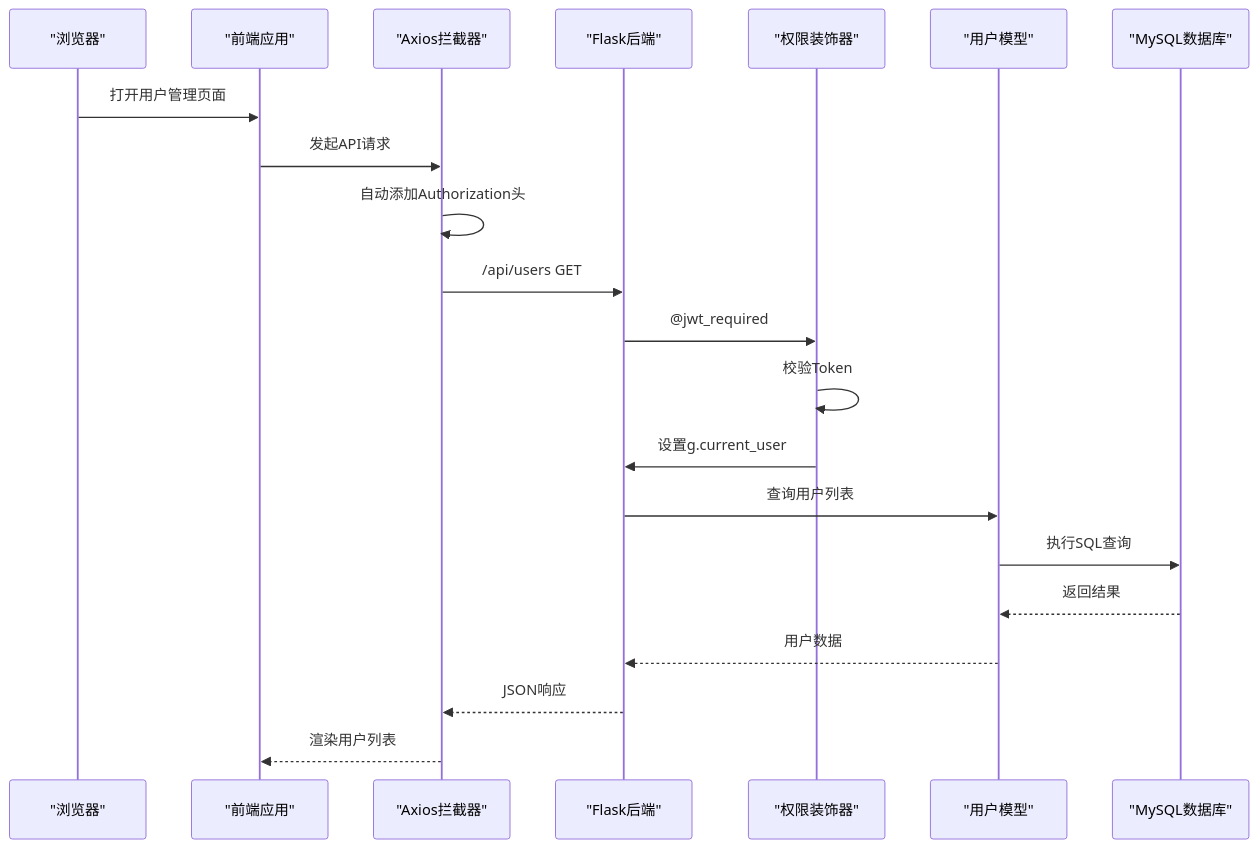
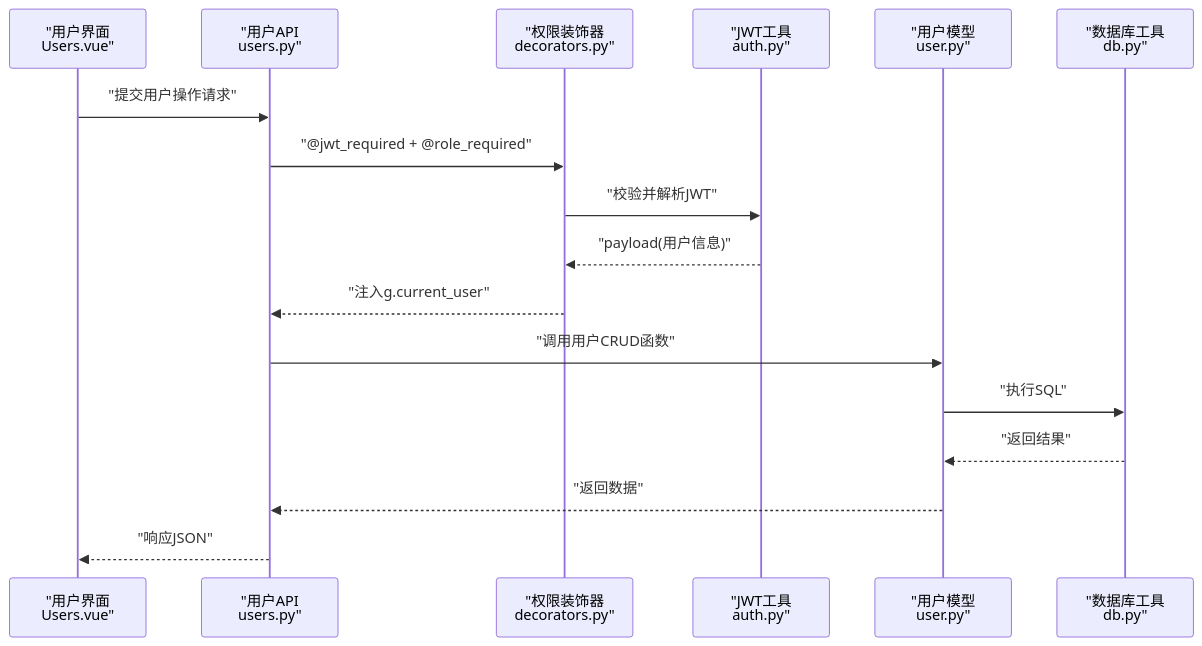
One commit to ismine3/OPS changed the second of 7 diagrams in .qoder/repowiki/zh/content/核心功能模块/用户管理模块.md. Above: the diagram before and after it, drawn with Mermaid. The commit also changed other lines of this file and 109 other files, not shown here.

````diff
--- a/.qoder/repowiki/zh/content/核心功能模块/用户管理模块.md
+++ b/.qoder/repowiki/zh/content/核心功能模块/用户管理模块.md
@@ -115,23 +138,19 @@
 ```mermaid
 sequenceDiagram
-participant Browser as "浏览器"
-participant Frontend as "前端应用"
-participant Request as "Axios拦截器"
-participant Backend as "Flask后端"
-participant Decorator as "权限装饰器"
-participant Model as "用户模型"
-participant DB as "MySQL数据库"
-Browser->>Frontend : 打开用户管理页面
-Frontend->>Request : 发起API请求
-Request->>Request : 自动添加Authorization头
-Request->>Backend : /api/users GET
-Backend->>Decorator : @jwt_required
-Decorator->>Decorator : 校验Token
-Decorator->>Backend : 设置g.current_user
-Backend->>Model : 查询用户列表
-Model->>DB : 执行SQL查询
-DB-->>Model : 返回结果
-Model-->>Backend : 用户数据
-Backend-->>Request : JSON响应
-Request-->>Frontend : 渲染用户列表
+participant U as "用户界面<br/>Users.vue"
+participant API as "用户API<br/>users.py"
+participant DEC as "权限装饰器<br/>decorators.py"
+participant AUTH as "JWT工具<br/>auth.py"
+participant M as "用户模型<br/>user.py"
+participant DB as "数据库工具<br/>db.py"
+U->>API : "提交用户操作请求"
+API->>DEC : "@jwt_required + @role_required"
+DEC->>AUTH : "校验并解析JWT"
+AUTH-->>DEC : "payload(用户信息)"
+DEC-->>API : "注入g.current_user"
+API->>M : "调用用户CRUD函数"
+M->>DB : "执行SQL"
+DB-->>M : "返回结果"
+M-->>API : "返回数据"
+API-->>U : "响应JSON"
 ```
````
